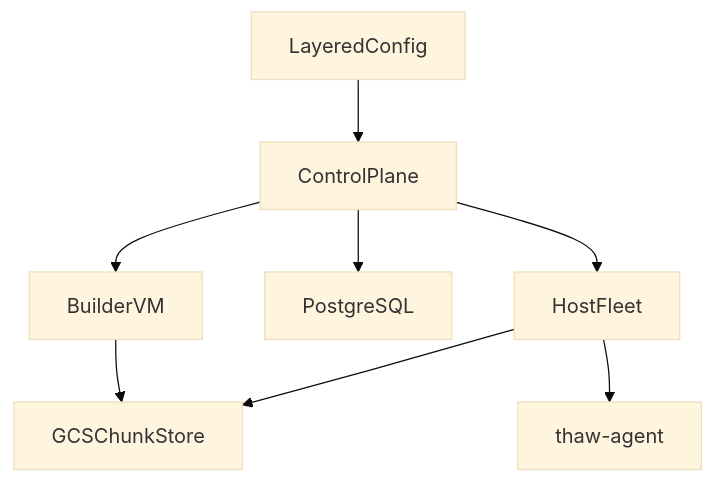
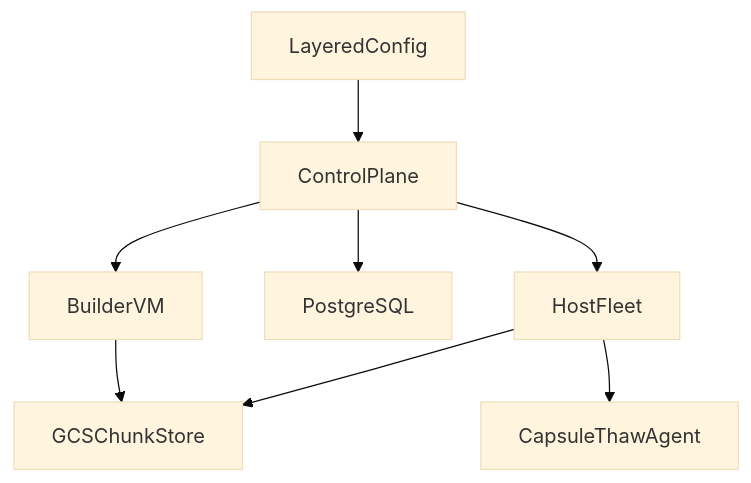
The diagram in README.md (rahul-roy-glean/capsule), drawn with Mermaid (base theme) before and after one commit. The commit also changed other lines of this file and 297 other files, not shown here.

````diff
--- a/README.md
+++ b/README.md
@@ -48,18 +110,18 @@
 ```mermaid
 flowchart TD
   layeredConfig[LayeredConfig]
   controlPlane[ControlPlane]
   builderVm[BuilderVM]
   gcsStore[GCSChunkStore]
   postgres[PostgreSQL]
   hostFleet[HostFleet]
-  thawAgent[thaw-agent]
+  guestAgent[CapsuleThawAgent]
 
   layeredConfig --> controlPlane
   controlPlane --> postgres
   controlPlane --> builderVm
   builderVm --> gcsStore
   controlPlane --> hostFleet
   hostFleet --> gcsStore
-  hostFleet --> thawAgent
+  hostFleet --> guestAgent
 ```
````
